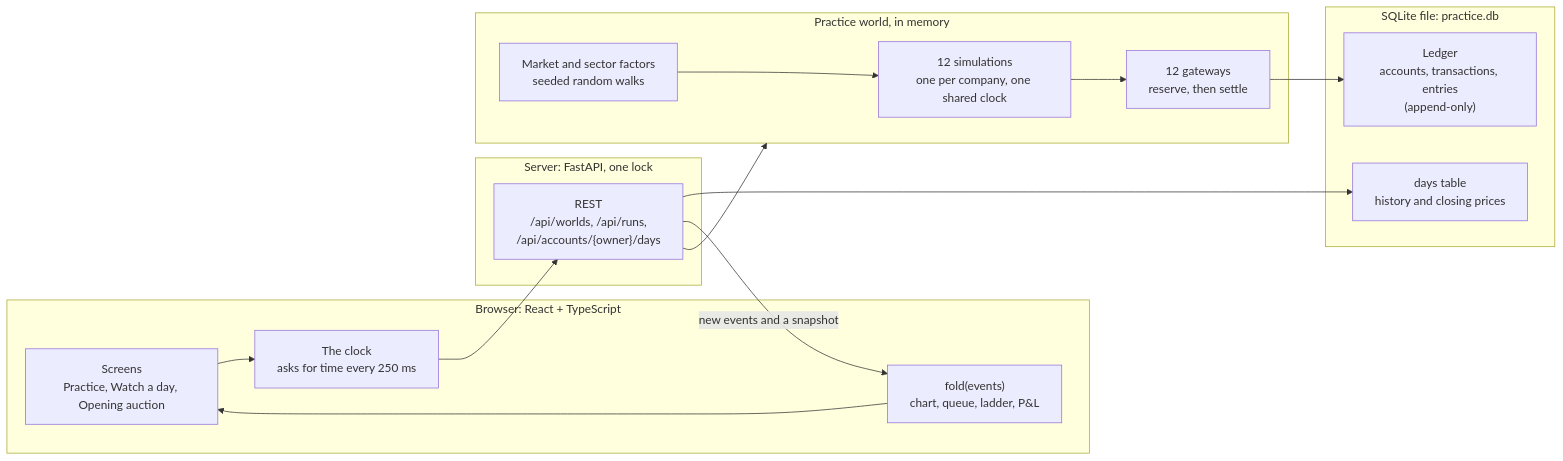
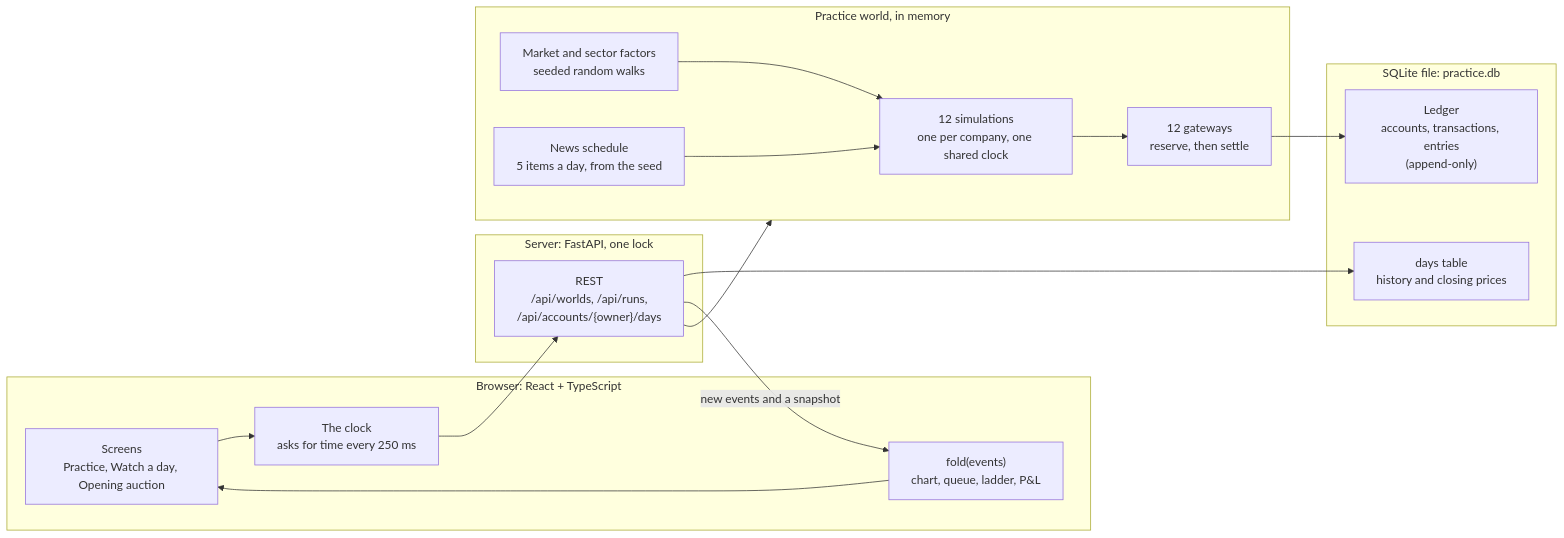
Before and after one commit to shivemn/market-lab: the first of 2 diagrams in README.md, drawn with Mermaid. The commit also changed other lines of this file and 21 other files, not shown here.

````diff
--- a/README.md
+++ b/README.md
@@ -115,26 +115,28 @@
 ```mermaid
 flowchart LR
     subgraph browser["Browser: React + TypeScript"]
         ui["Screens<br/>Practice, Watch a day, Opening auction"]
         clock["The clock<br/>asks for time every 250 ms"]
         fold["fold(events)<br/>chart, queue, ladder, P&L"]
     end
     subgraph server["Server: FastAPI, one lock"]
         api["REST<br/>/api/worlds, /api/runs,<br/>/api/accounts/{owner}/days"]
     end
     subgraph world["Practice world, in memory"]
         sims["12 simulations<br/>one per company, one shared clock"]
         factors["Market and sector factors<br/>seeded random walks"]
+        news["News schedule<br/>5 items a day, from the seed"]
         gws["12 gateways<br/>reserve, then settle"]
     end
     subgraph disk["SQLite file: practice.db"]
         books["Ledger<br/>accounts, transactions, entries<br/>(append-only)"]
         days["days table<br/>history and closing prices"]
     end
     ui --> clock --> api
     api --> world
     factors --> sims
+    news --> sims
     sims --> gws --> books
     api --> days
     api -- "new events and a snapshot" --> fold --> ui
 ```
````
